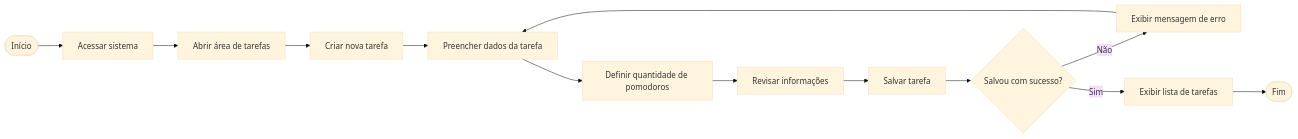
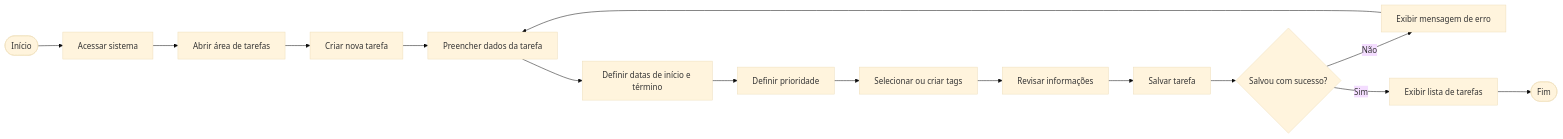
One commit to rubensrabelo/pomodoro-planner changed the diagram in docs/bpmn/register_tasks.md. Above: the diagram before and after it, drawn with Mermaid (base theme). The commit also changed other lines of this file and 2 other files, not shown here.

Commit message:
docs(bpmn): add a manual Pomodoro time tracking workflow to a task.

````diff
--- a/docs/bpmn/register_tasks.md
+++ b/docs/bpmn/register_tasks.md
@@ -3,20 +3,23 @@
 ```mermaid
 flowchart LR
     Inicio([Início]) --> AcessarSistema[Acessar sistema]
     AcessarSistema --> AbrirTarefas[Abrir área de tarefas]
 
     AbrirTarefas --> NovaTarefa[Criar nova tarefa]
     NovaTarefa --> PreencherDados[Preencher dados da tarefa]
 
-    PreencherDados --> DefinirPomodoros[Definir quantidade de pomodoros]
-    DefinirPomodoros --> RevisarTarefa[Revisar informações]
+    PreencherDados --> DefinirDatas[Definir datas de início e término]
+    DefinirDatas --> DefinirPrioridade[Definir prioridade]
+
+    DefinirPrioridade --> SelecionarTags[Selecionar ou criar tags]
+    SelecionarTags --> RevisarTarefa[Revisar informações]
 
     RevisarTarefa --> SalvarTarefa[Salvar tarefa]
 
     SalvarTarefa --> Salvo{Salvou com sucesso?}
     Salvo -- Não --> Erro[Exibir mensagem de erro]
     Erro --> PreencherDados
 
     Salvo -- Sim --> ListaTarefas[Exibir lista de tarefas]
     ListaTarefas --> Fim([Fim])
 ```
````
